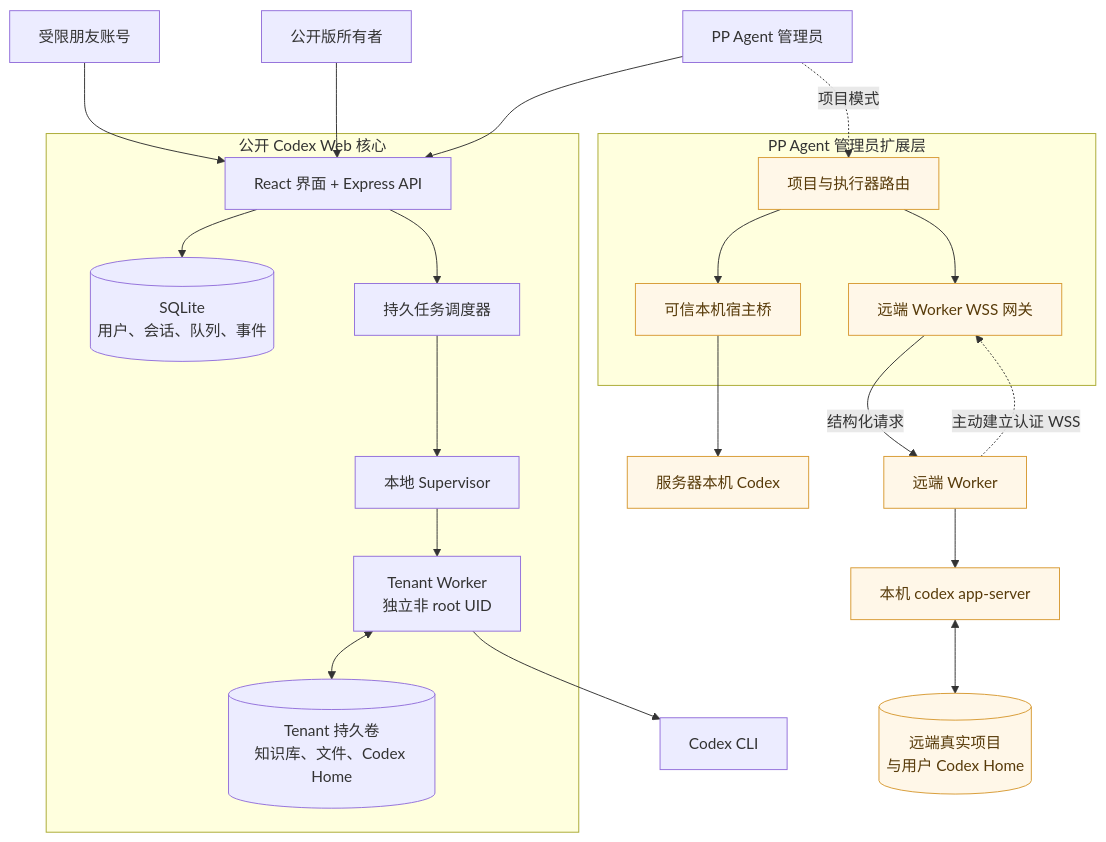
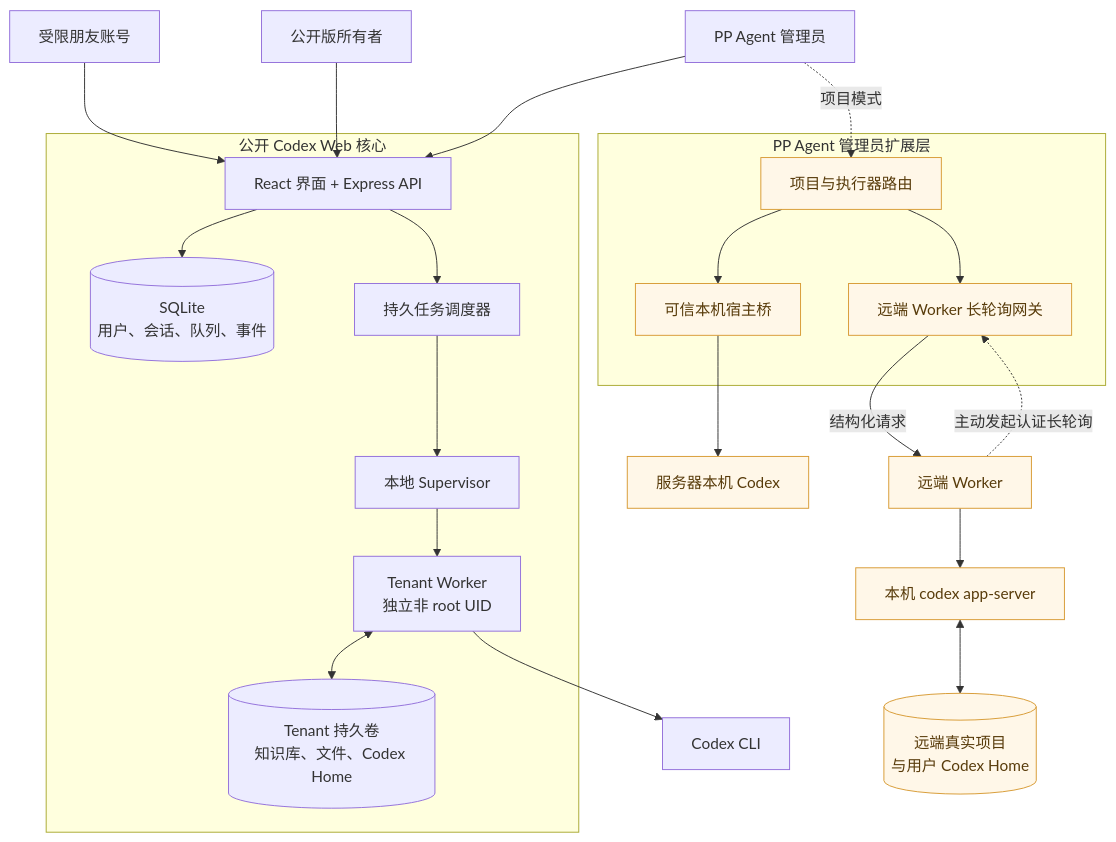
One commit to RightDan-leo/codex-web changed the first of 3 diagrams in README.zh-CN.md. Above: the diagram before and after it, drawn with Mermaid. The commit also changed other lines of this file and 3 other files, not shown here.

Commit message:
docs(remote-worker): align guide with verified behavior

````diff
--- a/README.zh-CN.md
+++ b/README.zh-CN.md
@@ -47,38 +47,38 @@
 ```mermaid
 flowchart TB
     member["受限朋友账号"] --> web
     owner["公开版所有者"] --> web
     admin["PP Agent 管理员"] --> web
 
     subgraph core["公开 Codex Web 核心"]
         web["React 界面 + Express API"]
         db[("SQLite<br/>用户、会话、队列、事件")]
         queue["持久任务调度器"]
         supervisor["本地 Supervisor"]
         tenant["Tenant Worker<br/>独立非 root UID"]
         tenantState[("Tenant 持久卷<br/>知识库、文件、Codex Home")]
 
         web --> db
         web --> queue --> supervisor --> tenant
         tenant <--> tenantState
     end
 
     tenant --> tenantCodex["Codex CLI"]
 
     subgraph extension["PP Agent 管理员扩展层"]
         router["项目与执行器路由"]
         hostBridge["可信本机宿主桥"]
-        gateway["远端 Worker WSS 网关"]
+        gateway["远端 Worker 长轮询网关"]
     end
 
     admin -. "项目模式" .-> router
     router --> hostBridge --> hostCodex["服务器本机 Codex"]
     router --> gateway
-    remoteWorker["远端 Worker"] -. "主动建立认证 WSS" .-> gateway
+    remoteWorker["远端 Worker"] -. "主动发起认证长轮询" .-> gateway
     gateway -->|"结构化请求"| remoteWorker
     remoteWorker --> appServer["本机 codex app-server"]
     appServer <--> remoteState[("远端真实项目<br/>与用户 Codex Home")]
 
     classDef extensionNode fill:#fff7e8,stroke:#d89b35,color:#583b0a;
     class router,hostBridge,gateway,hostCodex,remoteWorker,appServer,remoteState extensionNode;
 ```
````
